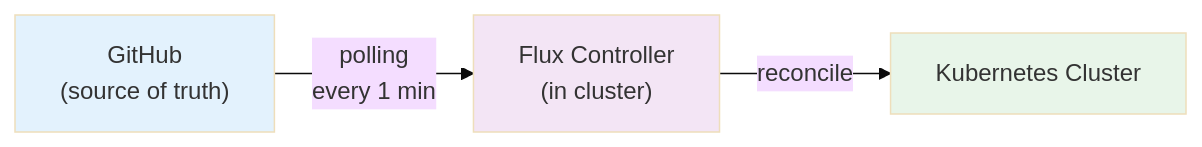
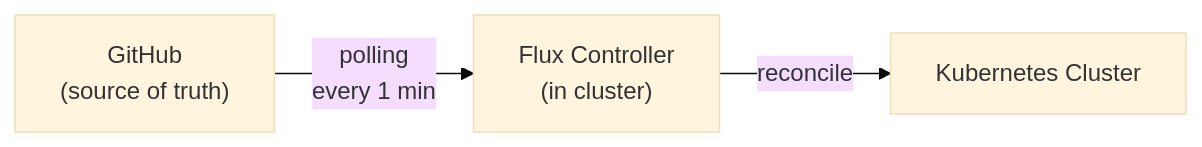
Before and after one commit to nitinkc/DevOpsLearning: the diagram in docs/theory/07-gitops-and-flux.md, drawn with Mermaid (base theme). The commit also changed other lines of this file and 46 other files, not shown here.

````diff
--- a/docs/theory/07-gitops-and-flux.md
+++ b/docs/theory/07-gitops-and-flux.md
@@ -34,9 +35,6 @@
-<div class="mermaid">
+```mermaid
 graph LR
     A["GitHub<br/>(source of truth)"] -->|polling<br/>every 1 min| B["Flux Controller<br/>(in cluster)"]
     B -->|reconcile| C["Kubernetes Cluster"]
-    
-    style A fill:#e3f2fd
-    style B fill:#f3e5f5
-    style C fill:#e8f5e9
-</div>
+
+```
````
